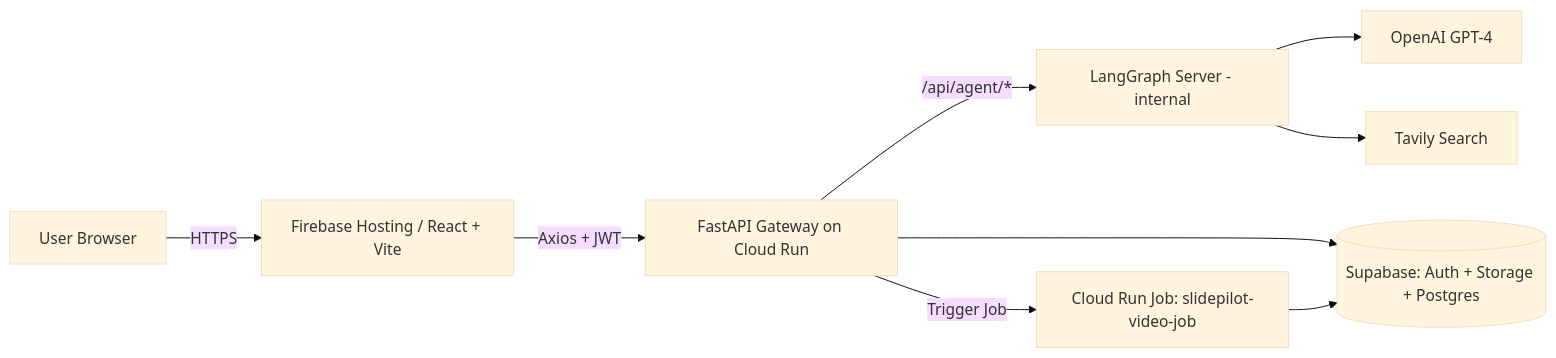
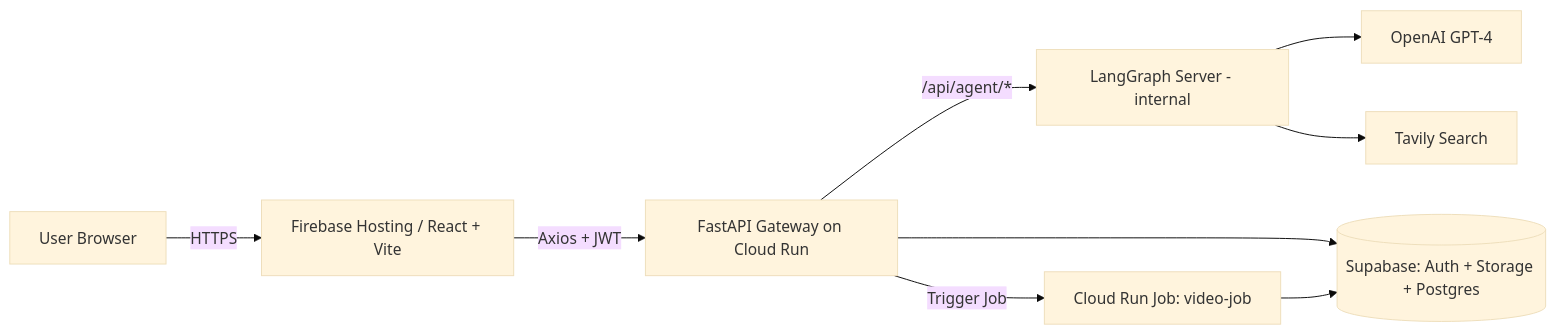
The first of 2 diagrams in README.md (miyata09x0084/learnify), drawn with Mermaid (base theme) before and after one commit. The commit also changed other lines of this file, not shown here.

````diff
--- a/README.md
+++ b/README.md
@@ -40,11 +26,11 @@
 ```mermaid
 flowchart LR
     U[User Browser] -->|HTTPS| FE[Firebase Hosting / React + Vite]
     FE -->|Axios + JWT| GW[FastAPI Gateway on Cloud Run]
     GW -->|/api/agent/*| LG[LangGraph Server - internal]
-    GW -->|Trigger Job| CRJ[Cloud Run Job: slidepilot-video-job]
+    GW -->|Trigger Job| CRJ[Cloud Run Job: video-job]
     GW --> SB[(Supabase: Auth + Storage + Postgres)]
     LG --> OAI[OpenAI GPT-4]
     LG --> TV[Tavily Search]
     CRJ --> SB
 ```
````
